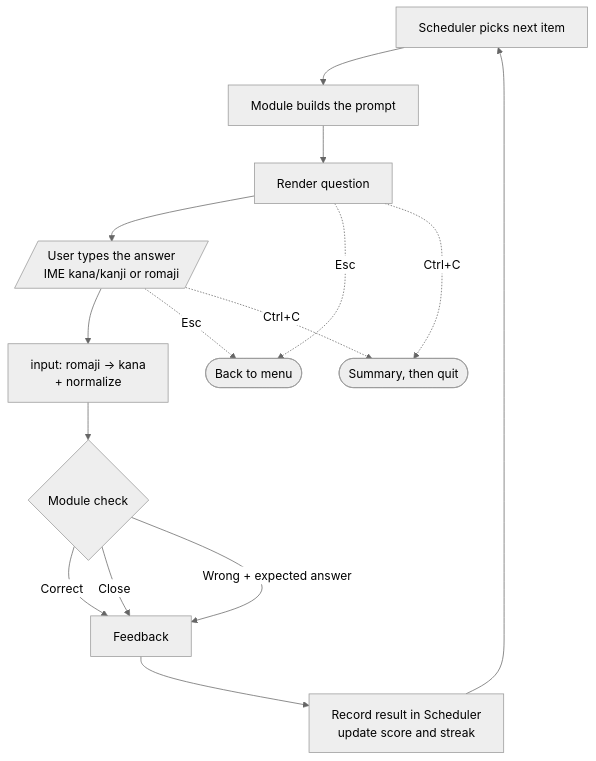
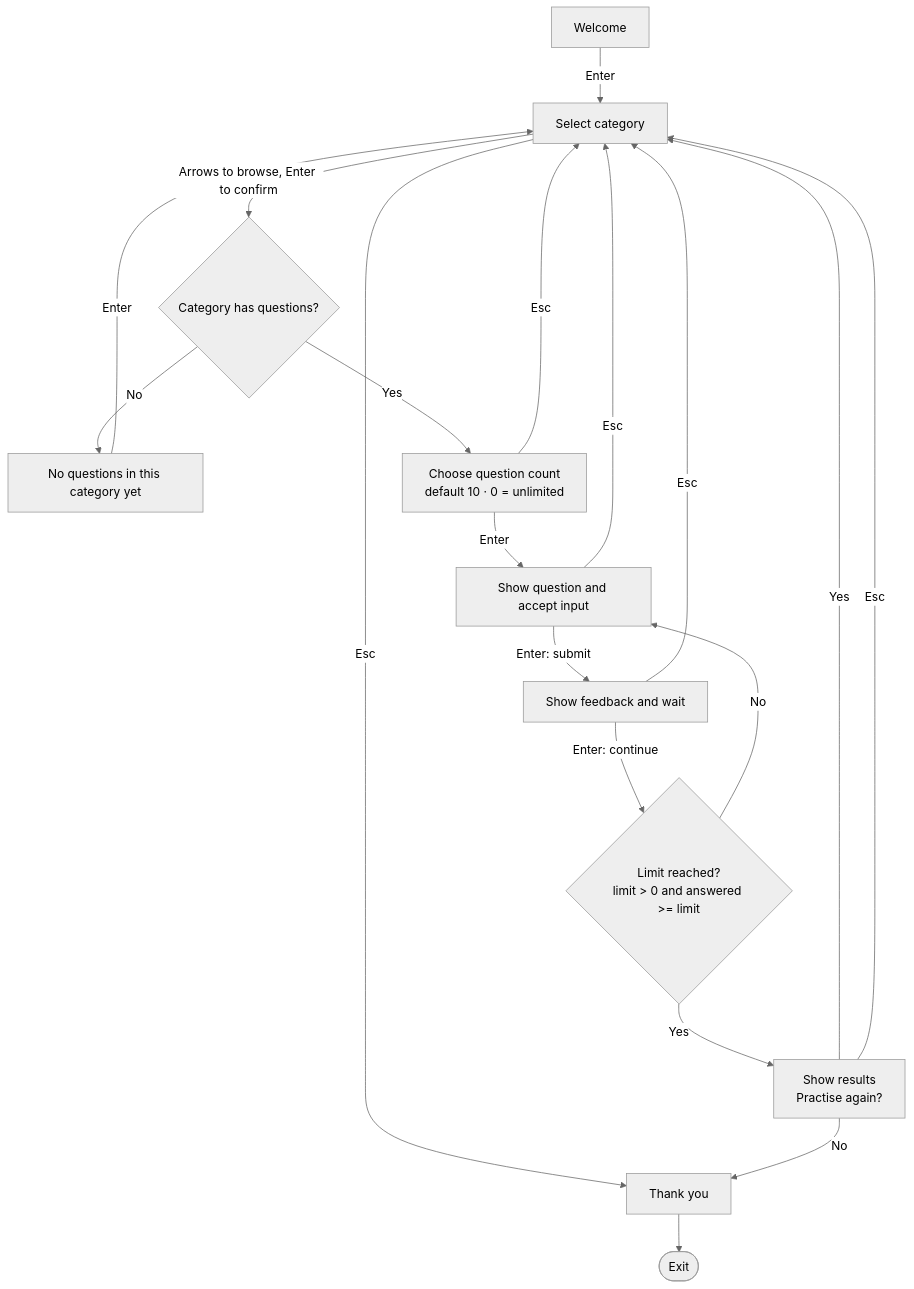
Before and after one commit to PandaCubGames/LearnJapaneseTui: the first of 2 diagrams in docs/architecture.md, drawn with Mermaid (neutral theme). The commit also changed other lines of this file, not shown here.

First line of the commit message:
docs(architecture): record the agreed practice flow and decisions

````diff
--- a/docs/architecture.md
+++ b/docs/architecture.md
@@ -46,17 +22,21 @@
 ```mermaid
 flowchart TD
-    A[Scheduler picks next item] --> B[Module builds the prompt]
-    B --> C[Render question]
-    C --> D[/User types the answer<br/>IME kana/kanji or romaji/]
-    D --> E[input: romaji → kana<br/>+ normalize]
-    E --> F{Module check}
-    F -->|Correct| G[Feedback]
-    F -->|Close| G
-    F -->|Wrong + expected answer| G
-    G --> H[Record result in Scheduler<br/>update score and streak]
-    H --> A
-    C -. Esc .-> M([Back to menu])
-    D -. Esc .-> M
-    C -. Ctrl+C .-> S([Summary, then quit])
-    D -. Ctrl+C .-> S
+    W[Welcome] -->|Enter| C[Select category]
+    C -->|Arrows to browse, Enter to confirm| E{Category has questions?}
+    E -->|No| M[No questions in this category yet]
+    M -->|Enter| C
+    E -->|Yes| N[Choose question count<br/>default 10 · 0 = unlimited]
+    C -->|Esc| T[Thank you]
+    N -->|Enter| Q[Show question and accept input]
+    N -->|Esc| C
+    Q -->|Enter: submit| F[Show feedback and wait]
+    F -->|Enter: continue| D{Limit reached?<br/>limit > 0 and answered >= limit}
+    D -->|No| Q
+    D -->|Yes| A[Show results<br/>Practise again?]
+    A -->|Yes| C
+    A -->|Esc| C
+    A -->|No| T
+    T --> X([Exit])
+    Q -->|Esc| C
+    F -->|Esc| C
 ```
````
